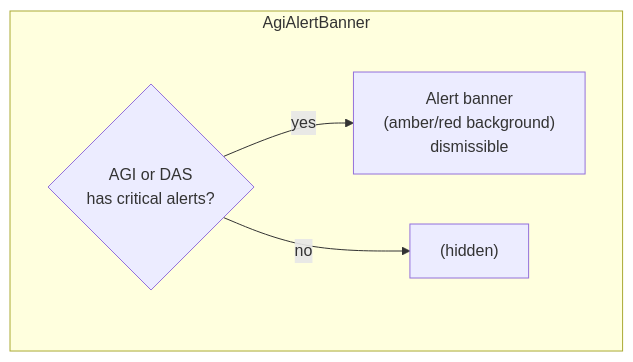
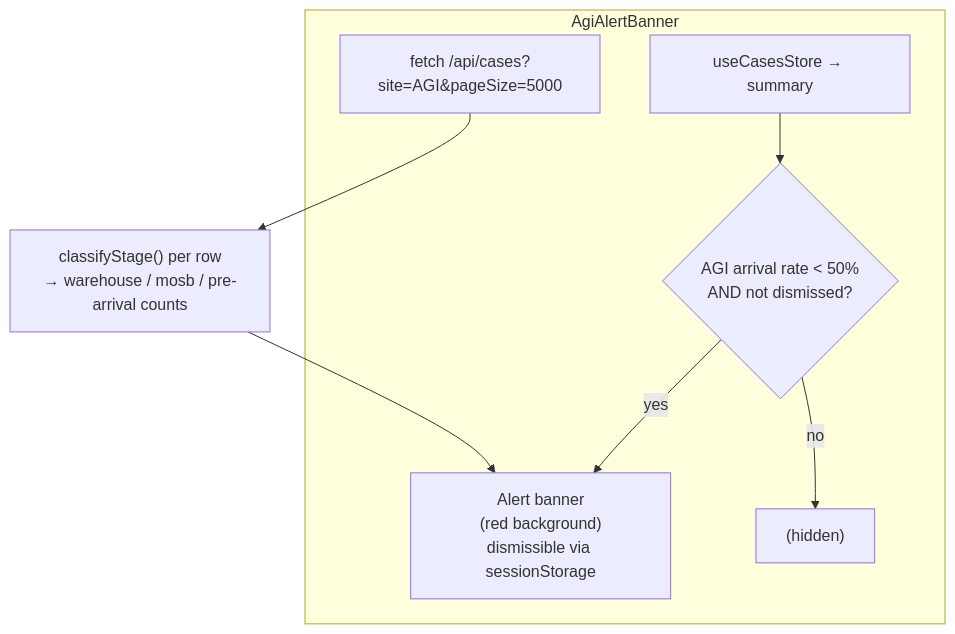
One commit to macho715/logi_hvdc_dash changed diagram 18 of 30 in apps/logistics-dashboard/docs/COMPONENTS.md. Above: the diagram before and after it, drawn with Mermaid. The commit also changed other lines of this file and 80 other files, not shown here.

````diff
--- a/apps/logistics-dashboard/docs/COMPONENTS.md
+++ b/apps/logistics-dashboard/docs/COMPONENTS.md
@@ -562,11 +714,16 @@
 ```mermaid
 graph TD
     subgraph Banner["AgiAlertBanner"]
-        Condition{"AGI or DAS<br/>has critical alerts?"}
-        Alert["Alert banner<br/>(amber/red background)<br/>dismissible"]
+        Store["useCasesStore → summary"]
+        FetchCases["fetch /api/cases?site=AGI&pageSize=5000"]
+        Condition{"AGI arrival rate < 50%<br/>AND not dismissed?"}
+        Alert["Alert banner<br/>(red background)<br/>dismissible via sessionStorage"]
         Hidden["(hidden)"]
     end
 
+    Store --> Condition
+    FetchCases --> StageBreakdown["classifyStage() per row<br/>→ warehouse / mosb / pre-arrival counts"]
+    StageBreakdown --> Alert
     Condition -->|"yes"| Alert
     Condition -->|"no"| Hidden
 ```
````
